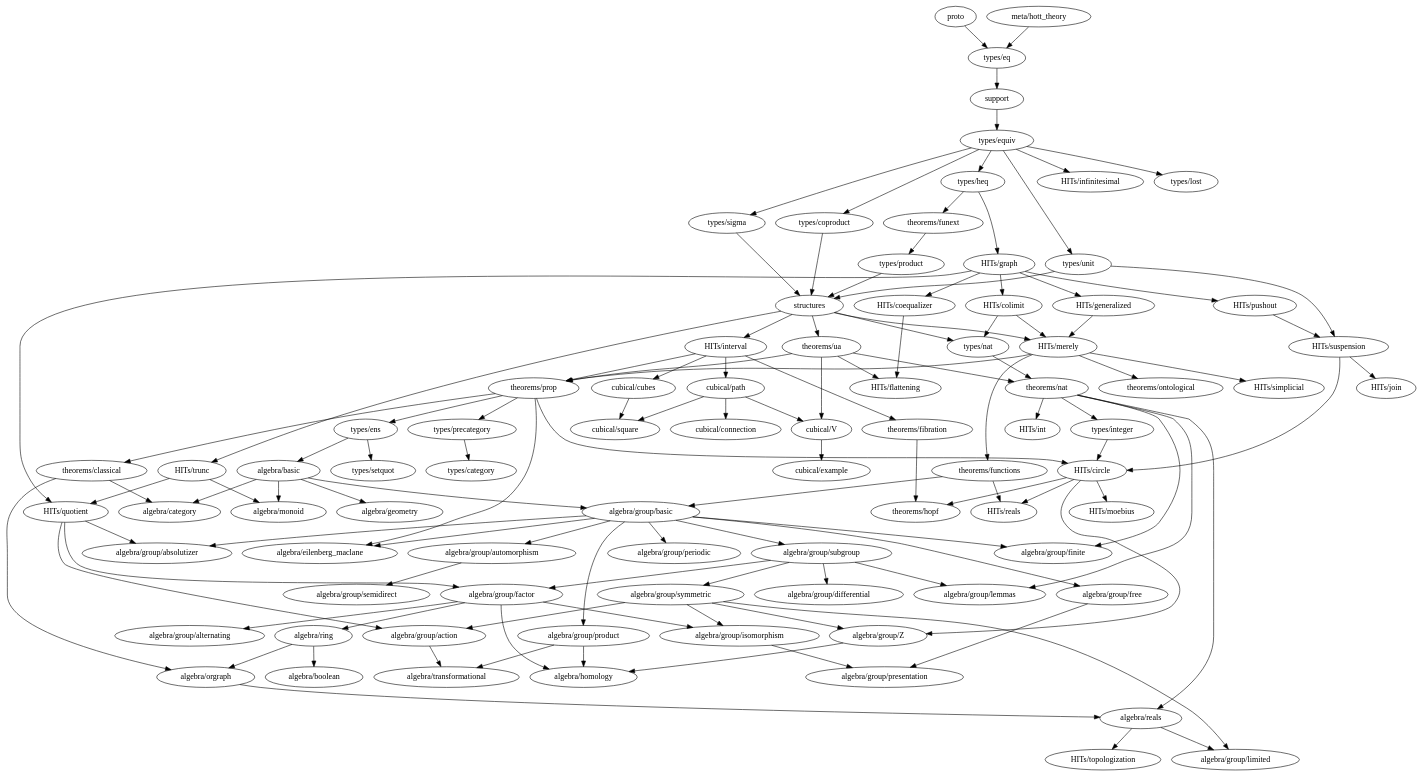
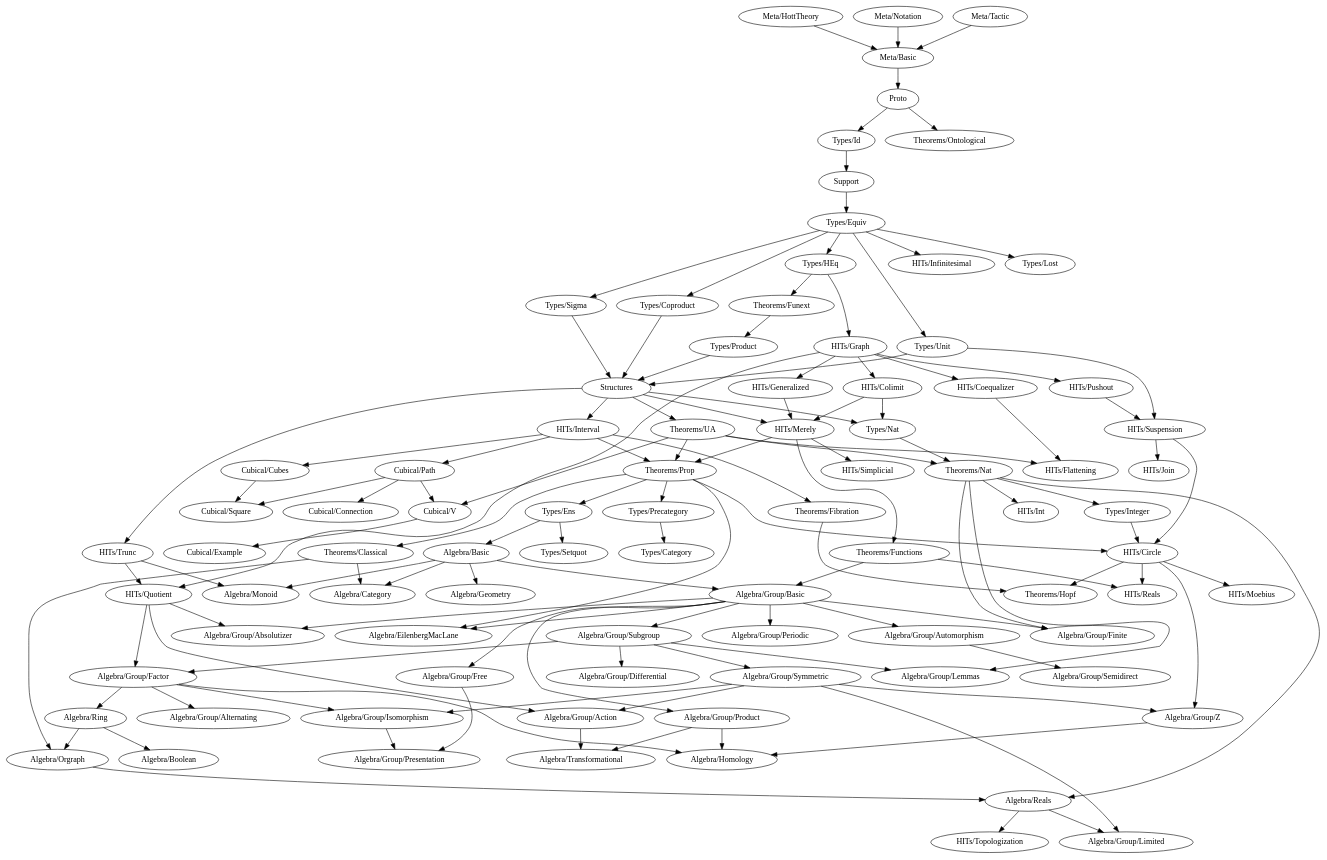
Before and after one commit to forked-from-1kasper/ground_zero: the diagram in dependency-map.gv, drawn with Graphviz. The commit also changed 4 other files, not shown here.

```diff
--- a/dependency-map.gv
+++ b/dependency-map.gv
@@ -1,194 +1,198 @@
 digraph dependency_map {
-  proto -> "types/eq"
-  "meta/hott_theory" -> "types/eq"
-  support -> "types/equiv"
-  structures -> {
-    "HITs/interval",
-    "HITs/merely",
-    "HITs/trunc",
-    "types/nat",
-    "theorems/ua"
+  Proto -> { "Types/Id", "Theorems/Ontological"}
+  Support -> "Types/Equiv"
+  Structures -> {
+    "HITs/Interval",
+    "HITs/Merely",
+    "HITs/Trunc",
+    "Types/Nat",
+    "Theorems/UA"
   }
 
-  subgraph algebra {
-    "algebra/basic" -> {
-      "algebra/category",
-      "algebra/monoid",
-      "algebra/geometry",
-      "algebra/group/basic"
+  subgraph Algebra {
+    "Algebra/Basic" -> {
+      "Algebra/Category",
+      "Algebra/Monoid",
+      "Algebra/Geometry",
+      "Algebra/Group/Basic"
     }
-    "algebra/boolean"
-    "algebra/category"
-    "algebra/eilenberg_maclane"
-    "algebra/geometry"
-    "algebra/homology"
-    "algebra/monoid"
-    "algebra/orgraph" -> { "algebra/reals" }
-    "algebra/reals" -> { "algebra/group/limited", "HITs/topologization" }
-    "algebra/ring" -> { "algebra/boolean", "algebra/orgraph" }
-    "algebra/transformational"
-
+    "Algebra/Boolean"
+    "Algebra/Category"
+    "Algebra/EilenbergMacLane"
+    "Algebra/Geometry"
+    "Algebra/Homology"
+    "Algebra/Monoid"
+    "Algebra/Orgraph" -> { "Algebra/Reals" }
+    "Algebra/Reals" -> { "Algebra/Group/Limited", "HITs/Topologization" }
+    "Algebra/Ring" -> { "Algebra/Boolean", "Algebra/Orgraph" }
+    "Algebra/Transformational"
   }
 
-  subgraph "algebra/group" {
-    "algebra/group/absolutizer"
-    "algebra/group/action" -> "algebra/transformational"
-    "algebra/group/alternating"
-    "algebra/group/automorphism" -> "algebra/group/semidirect"
-    "algebra/group/basic" -> {
-      "algebra/eilenberg_maclane",
-      "algebra/group/finite",
-      "algebra/group/absolutizer",
-      "algebra/group/automorphism",
-      "algebra/group/free",
-      "algebra/group/periodic",
-      "algebra/group/product",
-      "algebra/group/subgroup"
+  subgraph "Algebra/Group" {
+    "Algebra/Group/Absolutizer"
+    "Algebra/Group/Action" -> "Algebra/Transformational"
+    "Algebra/Group/Alternating"
+    "Algebra/Group/Automorphism" -> "Algebra/Group/Semidirect"
+    "Algebra/Group/Basic" -> {
+      "Algebra/EilenbergMacLane",
+      "Algebra/Group/Finite",
+      "Algebra/Group/Absolutizer",
+      "Algebra/Group/Automorphism",
+      "Algebra/Group/Free",
+      "Algebra/Group/Periodic",
+      "Algebra/Group/Product",
+      "Algebra/Group/Subgroup"
     }
-    "algebra/group/differential"
-    "algebra/group/factor" -> {
-      "algebra/homology",
-      "algebra/ring",
-      "algebra/group/alternating",
-      "algebra/group/isomorphism"
+    "Algebra/Group/Differential"
+    "Algebra/Group/Factor" -> {
+      "Algebra/Homology",
+      "Algebra/Ring",
+      "Algebra/Group/Alternating",
+      "Algebra/Group/Isomorphism"
     }
-    "algebra/group/finite"
-    "algebra/group/free" -> "algebra/group/presentation"
-    "algebra/group/isomorphism" -> "algebra/group/presentation"
-    "algebra/group/lemmas"
-    "algebra/group/limited"
-    "algebra/group/periodic"
-    "algebra/group/presentation"
-    "algebra/group/product" -> { "algebra/homology", "algebra/transformational" }
-    "algebra/group/semidirect"
-    "algebra/group/subgroup" -> {
-      "algebra/group/differential",
-      "algebra/group/factor",
-      "algebra/group/lemmas",
-      "algebra/group/symmetric"
+    "Algebra/Group/Finite"
+    "Algebra/Group/Free" -> "Algebra/Group/Presentation"
+    "Algebra/Group/Isomorphism" -> "Algebra/Group/Presentation"
+    "Algebra/Group/Lemmas"
+    "Algebra/Group/Limited"
+    "Algebra/Group/Periodic"
+    "Algebra/Group/Presentation"
+    "Algebra/Group/Product" -> { "Algebra/Homology", "Algebra/Transformational" }
+    "Algebra/Group/Semidirect"
+    "Algebra/Group/Subgroup" -> {
+      "Algebra/Group/Differential",
+      "Algebra/Group/Factor",
+      "Algebra/Group/Lemmas",
+      "Algebra/Group/Symmetric"
     }
-    "algebra/group/symmetric" -> {
-      "algebra/group/limited",
-      "algebra/group/Z",
-      "algebra/group/action",
-      "algebra/group/isomorphism"
+    "Algebra/Group/Symmetric" -> {
+      "Algebra/Group/Limited",
+      "Algebra/Group/Z",
+      "Algebra/Group/Action",
+      "Algebra/Group/Isomorphism"
     }
-    "algebra/group/Z" -> { "algebra/homology" }
+    "Algebra/Group/Z" -> { "Algebra/Homology" }
   }
 
-  subgraph types {
-    "types/category"
-    "types/coproduct" -> { structures }
-    "types/eq" -> { support }
-    "types/ens" -> { "algebra/basic", "types/setquot" }
-    "types/equiv" -> {
-      "types/heq",
-      "HITs/infinitesimal",
-      "types/coproduct",
-      "types/lost",
-      "types/unit",
-      "types/sigma"
+  subgraph Types {
+    "Types/Category"
+    "Types/Coproduct" -> { Structures }
+    "Types/Id" -> { Support }
+    "Types/Ens" -> { "Algebra/Basic", "Types/Setquot" }
+    "Types/Equiv" -> {
+      "Types/HEq",
+      "HITs/Infinitesimal",
+      "Types/Coproduct",
+      "Types/Lost",
+      "Types/Unit",
+      "Types/Sigma"
     }
-    "types/heq" -> {
-      "HITs/graph", "theorems/funext"
+    "Types/HEq" -> {
+      "HITs/Graph", "Theorems/Funext"
     }
-    "types/integer" -> "HITs/circle"
-    "types/lost"
-    "types/nat" -> { "theorems/nat" }
-    "types/precategory" -> { "types/category" }
-    "types/product" -> { structures }
-    "types/setquot"
-    "types/sigma" -> { structures }
-    "types/unit" -> { structures, "HITs/suspension" }
+    "Types/Integer" -> "HITs/Circle"
+    "Types/Lost"
+    "Types/Nat" -> { "Theorems/Nat" }
+    "Types/Precategory" -> { "Types/Category" }
+    "Types/Product" -> { Structures }
+    "Types/Setquot"
+    "Types/Sigma" -> { Structures }
+    "Types/Unit" -> { Structures, "HITs/Suspension" }
   }
 
   subgraph HITs {
-    "HITs/circle" -> {
-      "algebra/group/Z",
-      "theorems/hopf",
-      "HITs/moebius",
-      "HITs/reals"
+    "HITs/Circle" -> {
+      "Algebra/Group/Z",
+      "Theorems/Hopf",
+      "HITs/Moebius",
+      "HITs/Reals"
     }
-    "HITs/coequalizer" -> { "HITs/flattening" }
-    "HITs/colimit" -> { "HITs/merely", "types/nat" }
-    "HITs/flattening"
-    "HITs/generalized" -> "HITs/merely"
-    "HITs/graph" -> {
-      "HITs/coequalizer",
-      "HITs/colimit",
-      "HITs/generalized",
-      "HITs/pushout",
-      "HITs/quotient"
+    "HITs/Coequalizer" -> { "HITs/Flattening" }
+    "HITs/Colimit" -> { "HITs/Merely", "Types/Nat" }
+    "HITs/Flattening"
+    "HITs/Generalized" -> "HITs/Merely"
+    "HITs/Graph" -> {
+      "HITs/Coequalizer",
+      "HITs/Colimit",
+      "HITs/Generalized",
+      "HITs/Pushout",
+      "HITs/Quotient"
     }
-    "HITs/infinitesimal"
-    "HITs/interval" -> {
-      "cubical/cubes",
-      "cubical/path",
-      "theorems/prop",
-      "theorems/fibration"
+    "HITs/Infinitesimal"
+    "HITs/Interval" -> {
+      "Cubical/Cubes",
+      "Cubical/Path",
+      "Theorems/Prop",
+      "Theorems/Fibration"
     }
-    "HITs/join"
-    "HITs/merely" -> {
-      "theorems/ontological",
-      "theorems/prop",
-      "HITs/simplicial",
-      "theorems/functions"
+    "HITs/Join"
+    "HITs/Merely" -> {
+      "Theorems/Prop",
+      "HITs/Simplicial",
+      "Theorems/Functions"
     }
-    "HITs/moebius"
-    "HITs/pushout" -> {
-      "HITs/suspension"
+    "HITs/Moebius"
+    "HITs/Pushout" -> {
+      "HITs/Suspension"
     }
-    "HITs/quotient" -> {
-      "algebra/group/absolutizer",
-      "algebra/group/action",
-      "algebra/group/factor"
+    "HITs/Quotient" -> {
+      "Algebra/Group/Absolutizer",
+      "Algebra/Group/Action",
+      "Algebra/Group/Factor"
     }
-    "HITs/reals"
-    "HITs/simplicial"
-    "HITs/suspension" -> { "HITs/circle", "HITs/join" }
-    "HITs/topologization"
-    "HITs/trunc" -> { "algebra/monoid", "HITs/quotient" }
+    "HITs/Reals"
+    "HITs/Simplicial"
+    "HITs/Suspension" -> { "HITs/Circle", "HITs/Join" }
+    "HITs/Topologization"
+    "HITs/Trunc" -> { "Algebra/Monoid", "HITs/Quotient" }
   }
 
-  subgraph cubical {
-    "cubical/connection"
-    "cubical/cubes" -> "cubical/square"
-    "cubical/example"
-    "cubical/path" -> {
-      "cubical/square",
-      "cubical/V",
-      "cubical/connection"
+  subgraph Cubical {
+    "Cubical/Connection"
+    "Cubical/Cubes" -> "Cubical/Square"
+    "Cubical/Example"
+    "Cubical/Path" -> {
+      "Cubical/Square",
+      "Cubical/V",
+      "Cubical/Connection"
     }
-    "cubical/square"
-    "cubical/V" -> { "cubical/example" }
+    "Cubical/Square"
+    "Cubical/V" -> { "Cubical/Example" }
   }
 
-  subgraph theorems {
-    "theorems/classical" -> { "algebra/category", "algebra/orgraph" }
-    "theorems/fibration" -> { "theorems/hopf" }
-    "theorems/functions" -> { "HITs/reals", "algebra/group/basic" }
-    "theorems/funext" -> { "types/product" }
-    "theorems/hopf"
-    "theorems/ontological"
-    "theorems/nat" -> {
-      "algebra/group/finite",
-      "algebra/reals",
-      "HITs/int",
-      "types/integer",
-      "algebra/group/lemmas"
+  subgraph Meta {
+    "Meta/Basic" -> Proto
+    "Meta/HottTheory" -> "Meta/Basic"
+    "Meta/Notation" -> "Meta/Basic"
+    "Meta/Tactic" -> "Meta/Basic"
+  }
+
+  subgraph Theorems {
+    "Theorems/Classical" -> { "Algebra/Category", "Algebra/Orgraph" }
+    "Theorems/Fibration" -> { "Theorems/Hopf" }
+    "Theorems/Functions" -> { "HITs/Reals", "Algebra/Group/Basic" }
+    "Theorems/Funext" -> { "Types/Product" }
+    "Theorems/Hopf"
+    "Theorems/Ontological"
+    "Theorems/Nat" -> {
+      "Algebra/Group/Finite",
+      "Algebra/Reals",
+      "HITs/Int",
+      "Types/Integer",
+      "Algebra/Group/Lemmas"
     }
-    "theorems/prop" -> {
-      "algebra/eilenberg_maclane",
-      "HITs/circle",
-      "types/ens",
-      "types/precategory",
-      "theorems/classical"
+    "Theorems/Prop" -> {
+      "Algebra/EilenbergMacLane",
+      "HITs/Circle",
+      "Types/Ens",
+      "Types/Precategory",
+      "Theorems/Classical"
     }
-    "theorems/ua" -> {
-      "HITs/flattening",
-      "theorems/nat",
-      "theorems/prop",
-      "cubical/V"
+    "Theorems/UA" -> {
+      "HITs/Flattening",
+      "Theorems/Nat",
+      "Theorems/Prop",
+      "Cubical/V"
     }
   }
 }
```
